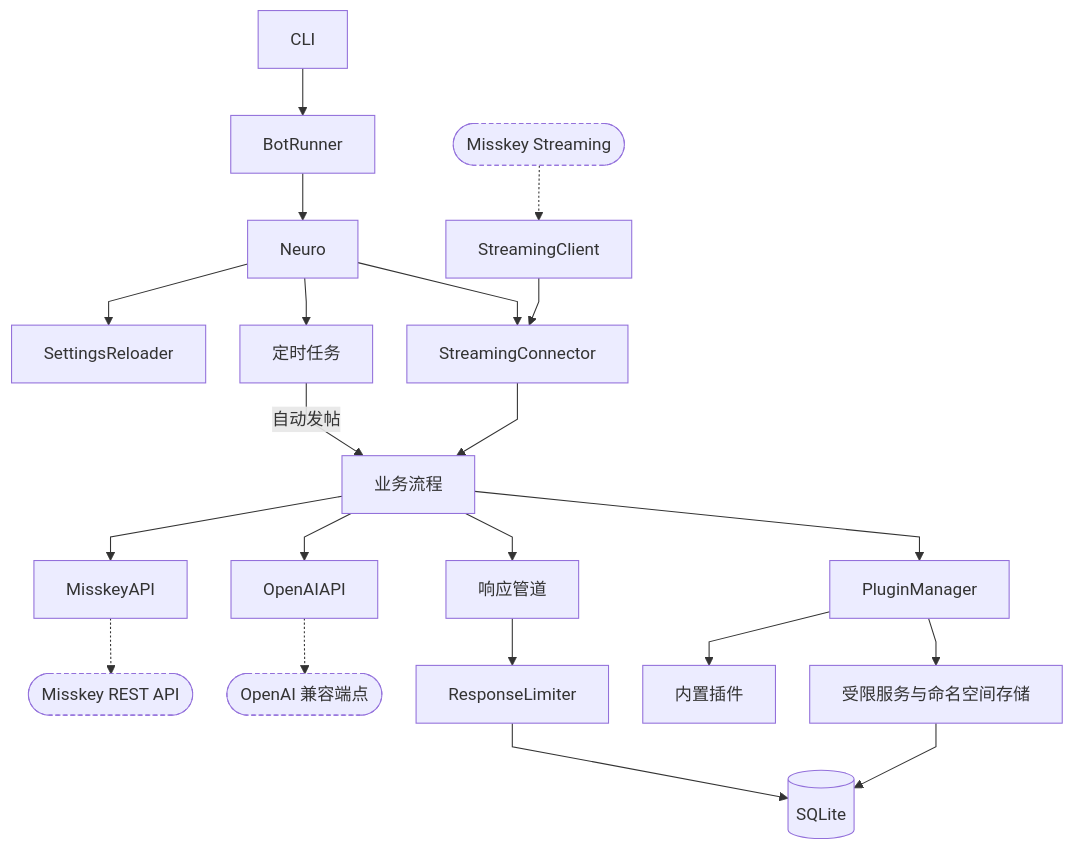
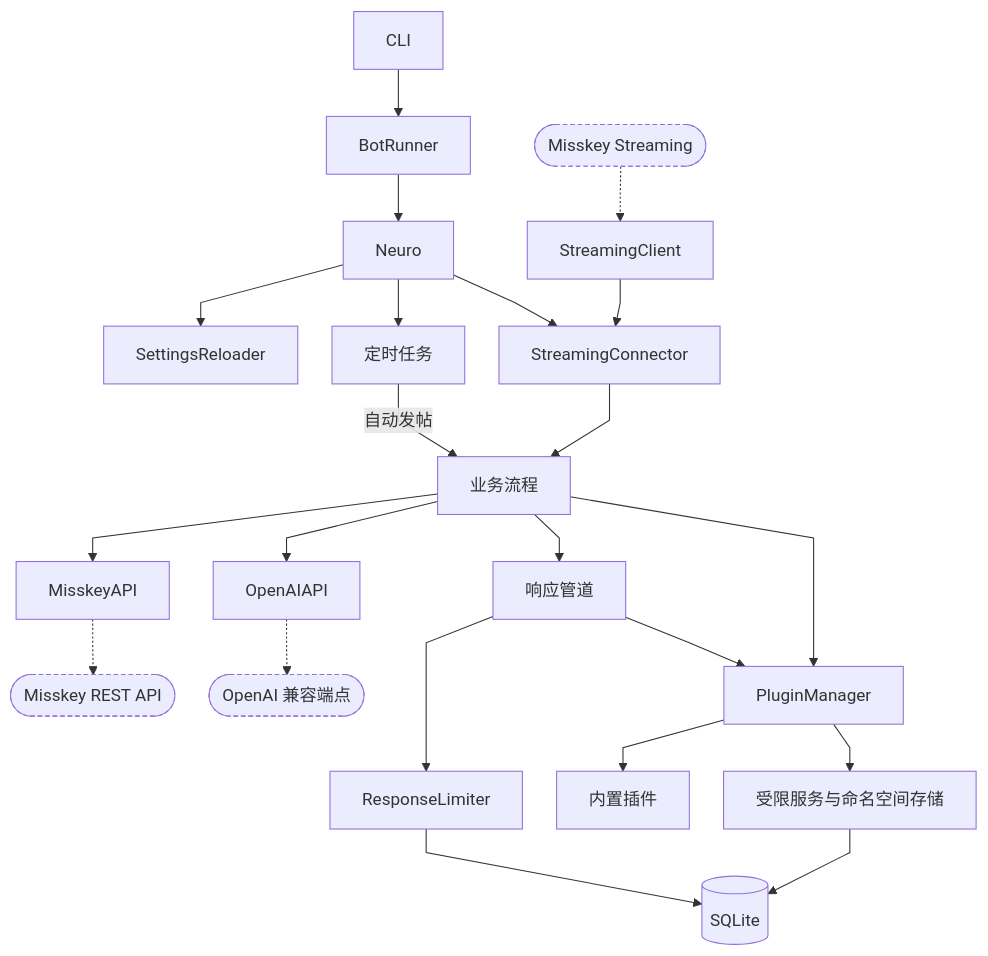
The diagram in docs/dev-guide/architecture.md (oreeke/twipsybot), drawn with Mermaid before and after one commit. The commit also changed 38 other files, not shown here.

````diff
--- a/docs/dev-guide/architecture.md
+++ b/docs/dev-guide/architecture.md
@@ -12,22 +12,22 @@
 ```mermaid
 %%{init: {"flowchart": {"curve": "linear", "nodeSpacing": 32, "rankSpacing": 44}}}%%
 flowchart TB
 	CLI[CLI] --> Runner[BotRunner] --> Core[Neuro]
 	Core --> Reloader[SettingsReloader]
 	Core --> Scheduler[定时任务]
 	Core --> Connector[StreamingConnector]
 	MisskeyStream([Misskey Streaming]) -.-> Streaming[StreamingClient] --> Connector
 	Scheduler -->|自动发帖| Flows[业务流程]
 	Connector --> Flows
 
 	Flows --> MisskeyAPI[MisskeyAPI] -.-> MisskeyREST([Misskey REST API])
 	Flows --> OpenAI[OpenAIAPI] -.-> Endpoint([OpenAI 兼容端点])
 	Flows --> Pipeline[响应管道] --> Limiter[ResponseLimiter]
-	Flows --> Plugins[PluginManager]
+	Flows & Pipeline --> Plugins[PluginManager]
 	Plugins --> Builtins[内置插件]
 	Plugins --> Services[受限服务与命名空间存储]
 	Limiter & Services --> SQLite[(SQLite)]
 
 	classDef ext stroke-dasharray: 4 3
 	class MisskeyStream,MisskeyREST,Endpoint ext
 ```
````
